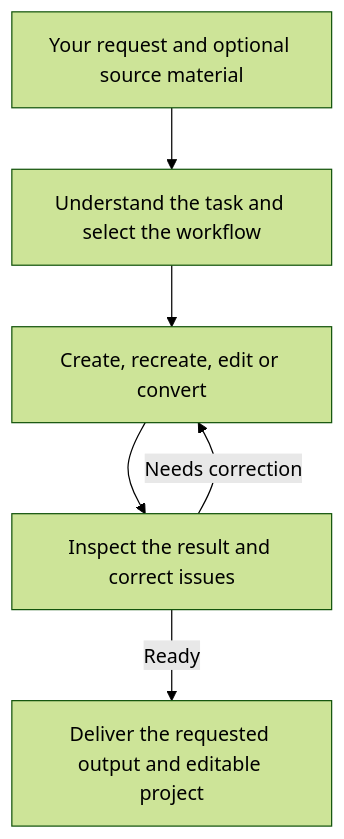
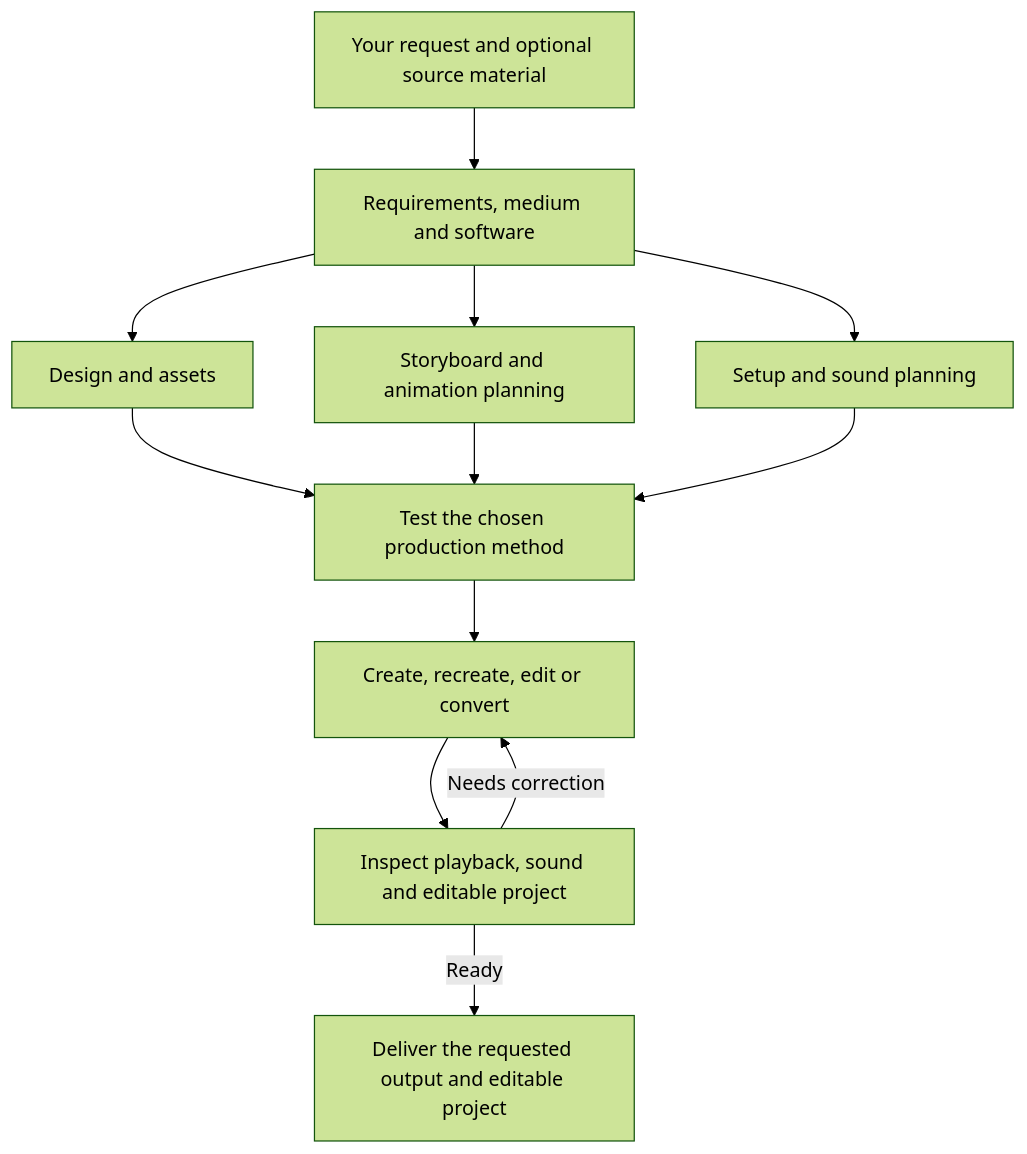
The diagram in README.md (KinshukAuthorities/AMEA), drawn with Mermaid (forest theme) before and after one commit.

Commit message:
Restore parallel production branches in README workflow

````diff
--- a/README.md
+++ b/README.md
@@ -49,8 +49,14 @@
 ```mermaid
 flowchart TD
-    request[Your request and optional source material] --> plan[Understand the task and select the workflow]
-    plan --> produce[Create, recreate, edit or convert]
-    produce --> review[Inspect the result and correct issues]
-    review -->|Needs correction| produce
-    review -->|Ready| deliver[Deliver the requested output and editable project]
+    request[Your request and optional source material] --> intent[Requirements, medium and software]
+    intent --> assets[Design and assets]
+    intent --> plan[Storyboard and animation planning]
+    intent --> setup[Setup and sound planning]
+    assets --> test[Test the chosen production method]
+    plan --> test
+    setup --> test
+    test --> production[Create, recreate, edit or convert]
+    production --> review[Inspect playback, sound and editable project]
+    review -->|Needs correction| production
+    review -->|Ready| delivery[Deliver the requested output and editable project]
 ```
````
